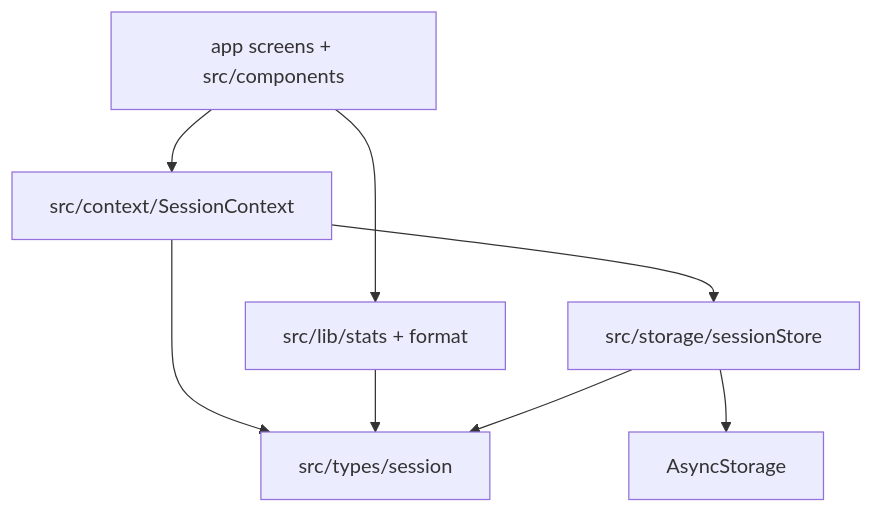
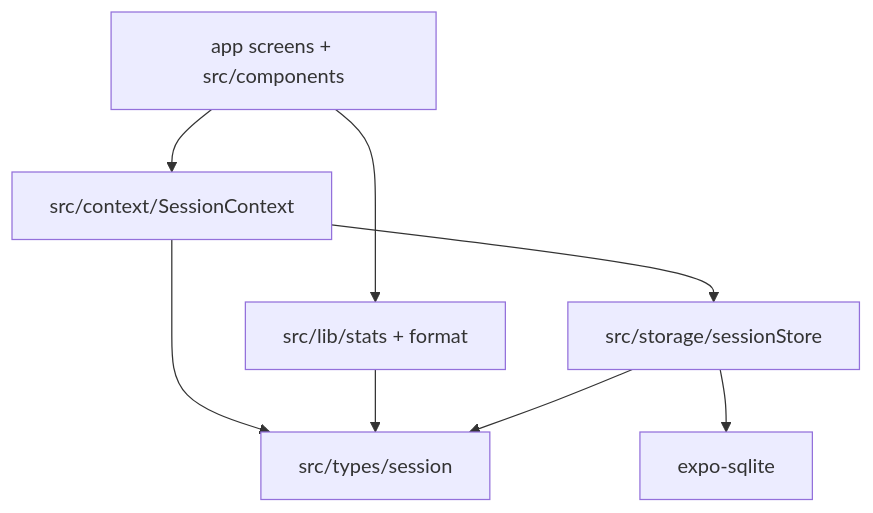
One commit to Trevor5008/StackTrack changed the sixth of 6 diagrams in docs/flow.md. Above: the diagram before and after it, drawn with Mermaid. The commit also changed other lines of this file and 20 other files, not shown here.

Commit message:
feat: move local persistence to expo-sqllite Replace AsyncStorage envelopes w/ a validated SQLLite store Migrate legacy data once, add demo/clear controls plus web-safe confirms. Updated docs to use shields, added TOC and Technologies sections

````diff
--- a/docs/flow.md
+++ b/docs/flow.md
@@ -92,17 +93,17 @@
 ```mermaid
 flowchart TB
   UI[app screens + src/components]
   Ctx[src/context/SessionContext]
   Lib[src/lib/stats + format]
   Types[src/types/session]
   Persist[src/storage/sessionStore]
-  Device[AsyncStorage]
+  Device[expo-sqlite]
 
   UI --> Ctx
   UI --> Lib
   Ctx --> Persist
   Ctx --> Types
   Lib --> Types
   Persist --> Types
   Persist --> Device
 ```
````
